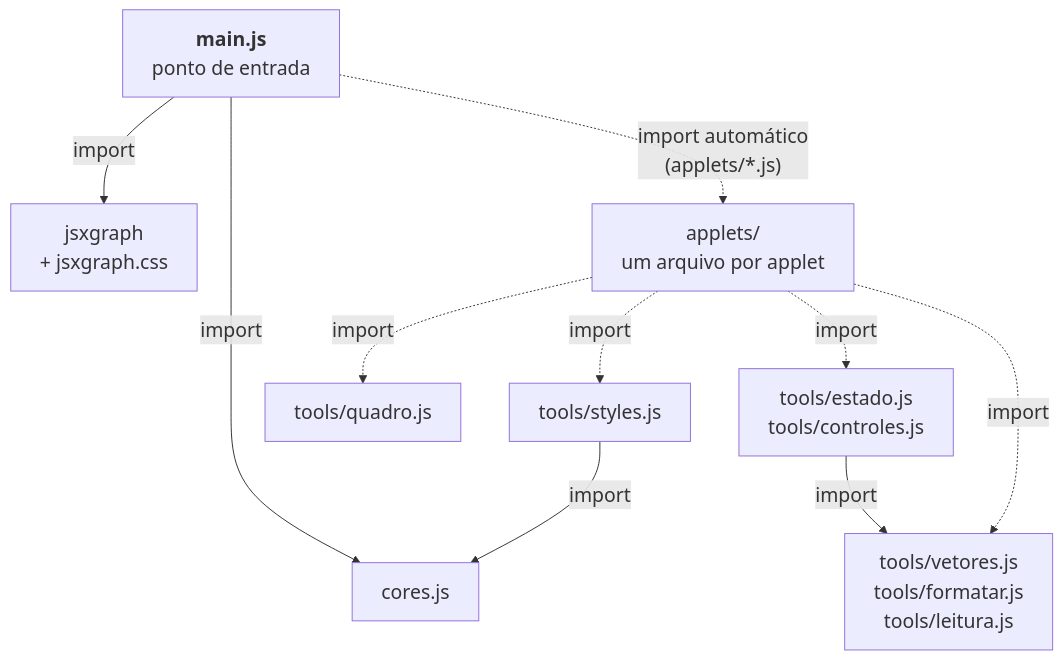
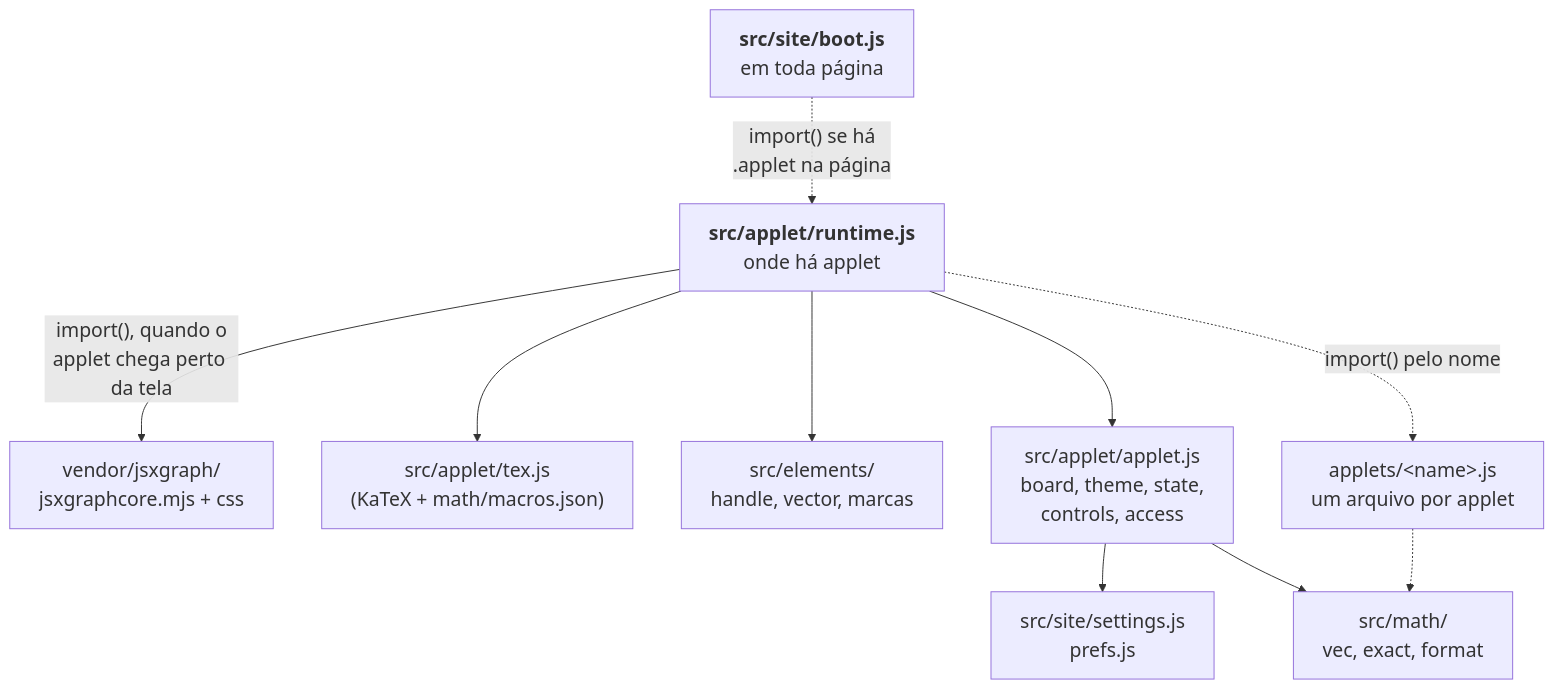
One commit to lcmerlo/livro-online-fcg changed the fifth of 9 diagrams in _interno/diretrizes/arquitetura.md. Above: the diagram before and after it, drawn with Mermaid. The commit also changed other lines of this file and 9 other files, not shown here.

````diff
--- a/_interno/diretrizes/arquitetura.md
+++ b/_interno/diretrizes/arquitetura.md
@@ -371,20 +345,23 @@
 ```mermaid
 %%{init: {"themeVariables": {"fontSize": "20px"}, "flowchart": {"wrappingWidth": 420}}}%%
 flowchart TD
-    main["<b>main.js</b><br/>ponto de entrada"]
-    jxg["jsxgraph<br/>+ jsxgraph.css"]
-    novo["applets/<br/>um arquivo por applet"]
-    styles["tools/styles.js"]
-    quadro["tools/quadro.js"]
-    cores["cores.js"]
+    boot["<b>src/site/boot.js</b><br/>em toda página"]
+    runtime["<b>src/applet/runtime.js</b><br/>onde há applet"]
+    jxg["vendor/jsxgraph/<br/>jsxgraphcore.mjs + css"]
+    tex["src/applet/tex.js<br/>(KaTeX + math/macros.json)"]
+    elem["src/elements/<br/>handle, vector, marcas"]
+    applet["src/applet/applet.js<br/>board, theme, state,<br/>controls, access"]
+    novo["applets/&lt;name&gt;.js<br/>um arquivo por applet"]
+    math["src/math/<br/>vec, exact, format"]
+    painel["src/site/settings.js<br/>prefs.js"]
 
-    main -->|"import"| jxg
-    main -.->|"import automático<br/>(applets/*.js)"| novo
-    novo -.->|"import"| styles
-    novo -.->|"import"| quadro
-    novo -.->|"import"| contas["tools/vetores.js<br/>tools/formatar.js<br/>tools/leitura.js"]
-    novo -.->|"import"| controles["tools/estado.js<br/>tools/controles.js"]
-    controles -->|"import"| contas
-    styles -->|"import"| cores
-    main -->|"import"| cores
+    boot -.->|"import() se há<br/>.applet na página"| runtime
+    runtime -->|"import(), quando o<br/>applet chega perto da tela"| jxg
+    runtime --> tex
+    runtime --> elem
+    runtime --> applet
+    runtime -.->|"import() pelo nome"| novo
+    applet --> painel
+    applet --> math
+    novo -.-> math
 ```
````
